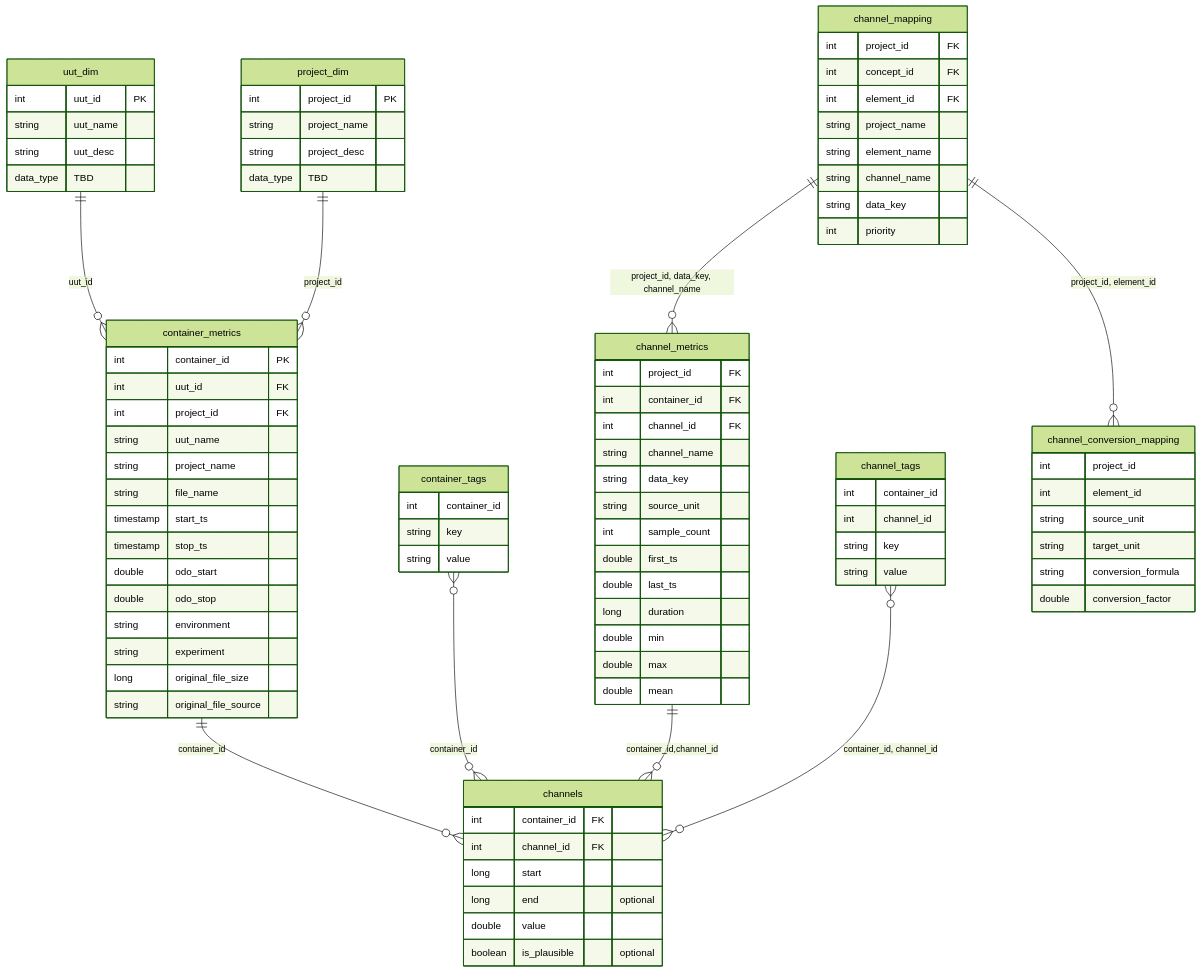
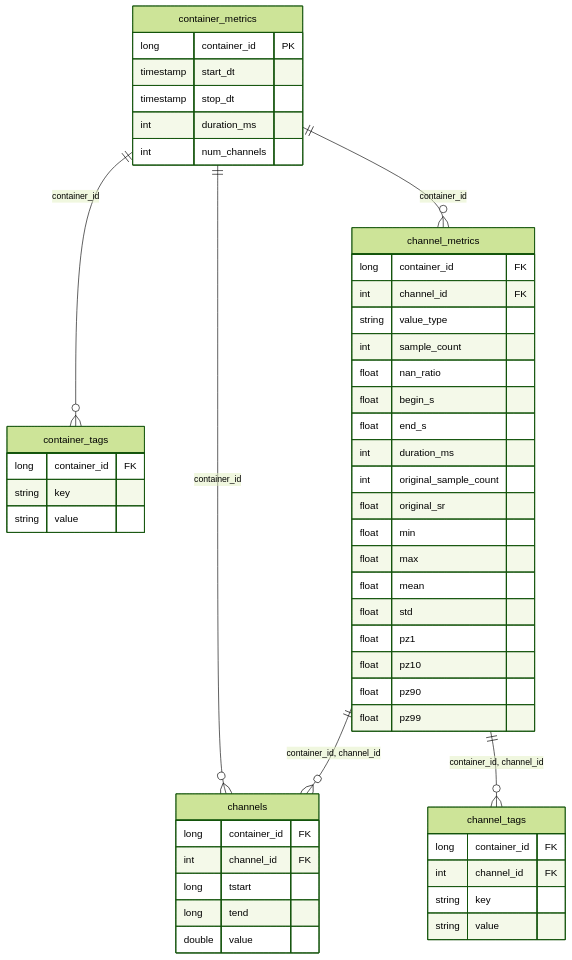
Before and after one commit to tombonfert/impulse_playground: the diagram in docs/impulse/docs/data_model/silver_layer_schema.md, drawn with Mermaid (forest theme). The commit also changed other lines of this file and 39 other files, not shown here.

````diff
--- a/docs/impulse/docs/data_model/silver_layer_schema.md
+++ b/docs/impulse/docs/data_model/silver_layer_schema.md
@@ -6,104 +32,58 @@
 ```mermaid
 erDiagram
-
-uut_dim {
-    int uut_id PK
-    string uut_name
-    string uut_desc
-    data_type TBD
-}
-
-project_dim {
-    int project_id PK
-    string project_name
-    string project_desc
-    data_type TBD
-}
-
 container_metrics {
-    int container_id PK
-    int uut_id FK
-    int project_id FK
-    string uut_name
-    string project_name
-    string file_name
-    timestamp start_ts
-    timestamp stop_ts
-    double odo_start
-    double odo_stop
-    string environment
-    string experiment
-    long original_file_size
-    string original_file_source
+    long container_id PK
+    timestamp start_dt
+    timestamp stop_dt
+    int duration_ms
+    int num_channels
 }
 
 container_tags {
-    int container_id
+    long container_id FK
     string key
     string value
 }
 
 channel_metrics {
-    int project_id FK
-    int container_id FK
+    long container_id FK
     int channel_id FK
-    string channel_name
-    string data_key
-    string source_unit
+    string value_type
     int sample_count
-    double first_ts
-    double last_ts
-    long duration
-    double min
-    double max
-    double mean
+    float nan_ratio
+    float begin_s
+    float end_s
+    int duration_ms
+    int original_sample_count
+    float original_sr
+    float min
+    float max
+    float mean
+    float std
+    float pz1
+    float pz10
+    float pz90
+    float pz99
 }
 
 channel_tags {
-    int container_id
-    int channel_id
+    long container_id FK
+    int channel_id FK
     string key
     string value
 }
 
 channels {
-    int container_id FK
+    long container_id FK
     int channel_id FK
-    long start
-    long end "optional"
+    long tstart
+    long tend
     double value
-    boolean is_plausible "optional"
 }
 
-channel_mapping {
-    int project_id FK
-    int concept_id FK
-    int element_id FK
-    string project_name
-    string element_name
-    string channel_name
-    string data_key
-    int priority
-
-}
-
-channel_conversion_mapping {
-    int project_id
-    int element_id
-    string source_unit
-    string target_unit
-    string conversion_formula
-    double conversion_factor
-}
-
+container_metrics ||--o{ container_tags : container_id
 container_metrics ||--o{ channels : container_id
-container_tags }o--o{ channels: container_id
-
-channel_metrics ||--o{ channels : "container_id,channel_id"
-channel_tags }o--o{ channels: "container_id, channel_id"
-channel_mapping ||--o{ channel_metrics: "project_id, data_key, channel_name"
-channel_mapping ||--o{ channel_conversion_mapping: "project_id, element_id"
-
-uut_dim ||--o{ container_metrics : uut_id
-project_dim ||--o{ container_metrics : project_id
+container_metrics ||--o{ channel_metrics : container_id
+channel_metrics ||--o{ channel_tags : "container_id, channel_id"
+channel_metrics ||--o{ channels : "container_id, channel_id"
 ```
````
